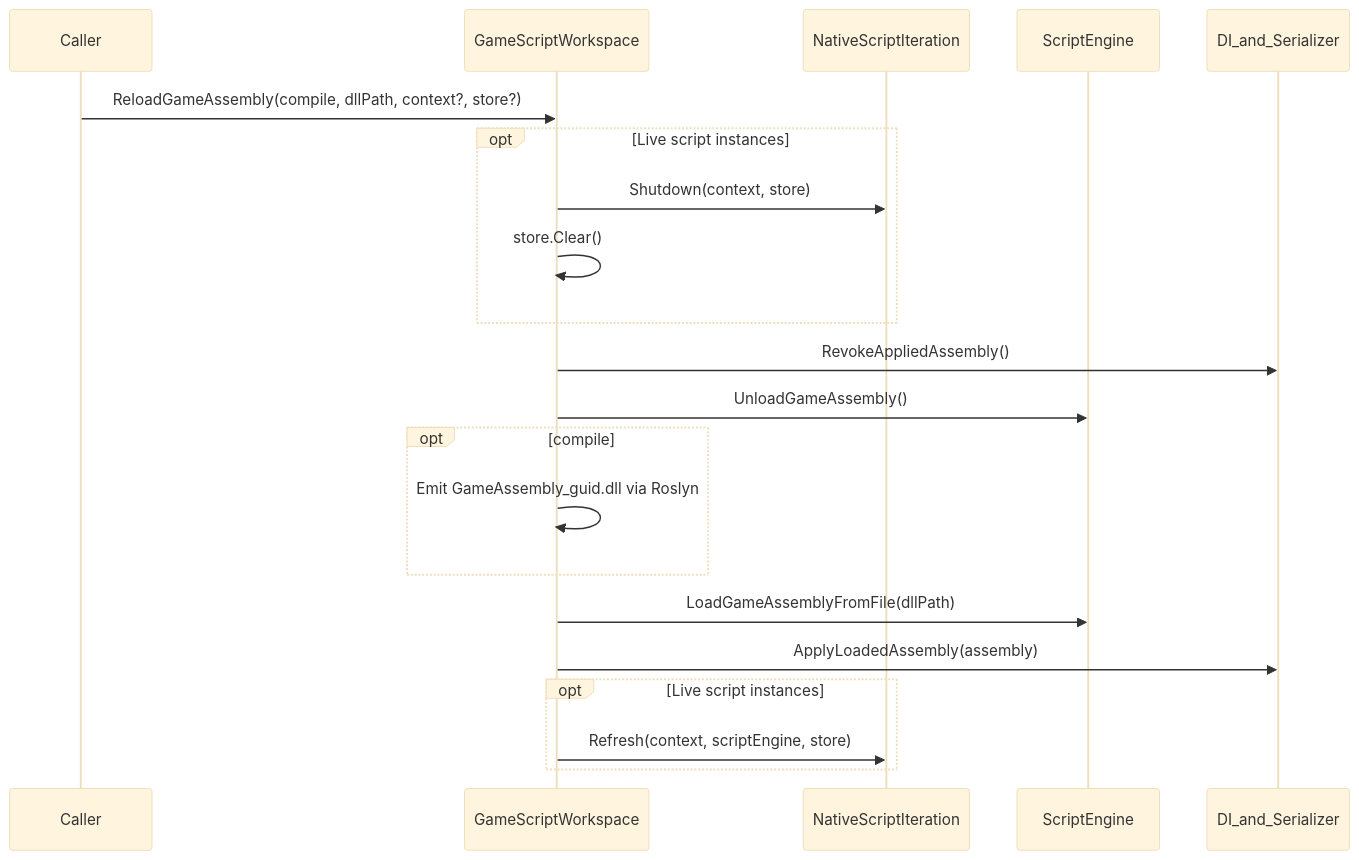
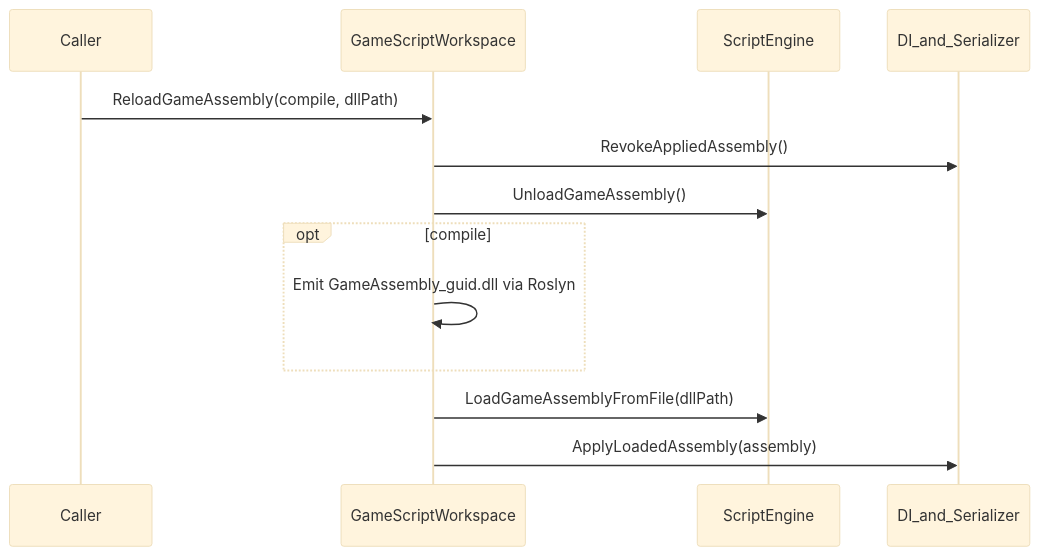
Before and after one commit to kateusz/GameEngine: the second of 2 diagrams in docs/architecture/scripting-lifecycle.md, drawn with Mermaid (base theme). The commit also changed other lines of this file and 85 other files, not shown here.

````diff
--- a/docs/architecture/scripting-lifecycle.md
+++ b/docs/architecture/scripting-lifecycle.md
@@ -100,24 +99,16 @@
 ```mermaid
 sequenceDiagram
     participant Caller
     participant WS as GameScriptWorkspace
-    participant NSI as NativeScriptIteration
     participant SE as ScriptEngine
     participant Reg as DI_and_Serializer
 
-    Caller->>WS: ReloadGameAssembly(compile, dllPath, context?, store?)
-    opt Live script instances
-        WS->>NSI: Shutdown(context, store)
-        WS->>WS: store.Clear()
-    end
+    Caller->>WS: ReloadGameAssembly(compile, dllPath)
     WS->>Reg: RevokeAppliedAssembly()
     WS->>SE: UnloadGameAssembly()
     opt compile
         WS->>WS: Emit GameAssembly_guid.dll via Roslyn
     end
     WS->>SE: LoadGameAssemblyFromFile(dllPath)
     WS->>Reg: ApplyLoadedAssembly(assembly)
-    opt Live script instances
-        WS->>NSI: Refresh(context, scriptEngine, store)
-    end
 ```
````
